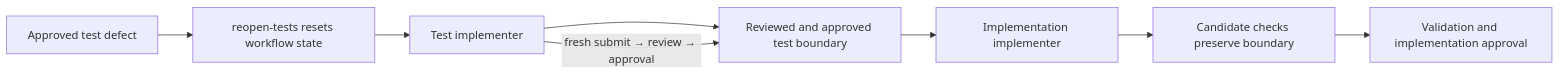
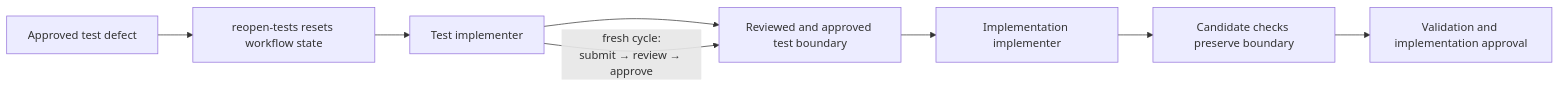
Before and after one commit to NathanZK/ChessEcho: the third of 4 diagrams in docs/engineering/agent-workflow-architecture.md, drawn with Mermaid. The commit also changed other lines of this file, not shown here.

Commit message:
Fix Mermaid edge label rendering

````diff
--- a/docs/engineering/agent-workflow-architecture.md
+++ b/docs/engineering/agent-workflow-architecture.md
@@ -98,10 +98,10 @@
 ```mermaid
 flowchart LR
     T[Test implementer] --> B[Reviewed and approved test boundary]
     B --> I[Implementation implementer]
     I --> C[Candidate checks preserve boundary]
     C --> V[Validation and implementation approval]
     X[Approved test defect] --> R[reopen-tests resets workflow state]
     R --> T
-    T -->|fresh submit → review → approval| B
+    T -->|fresh cycle:<br/>submit → review → approve| B
 ```
````
